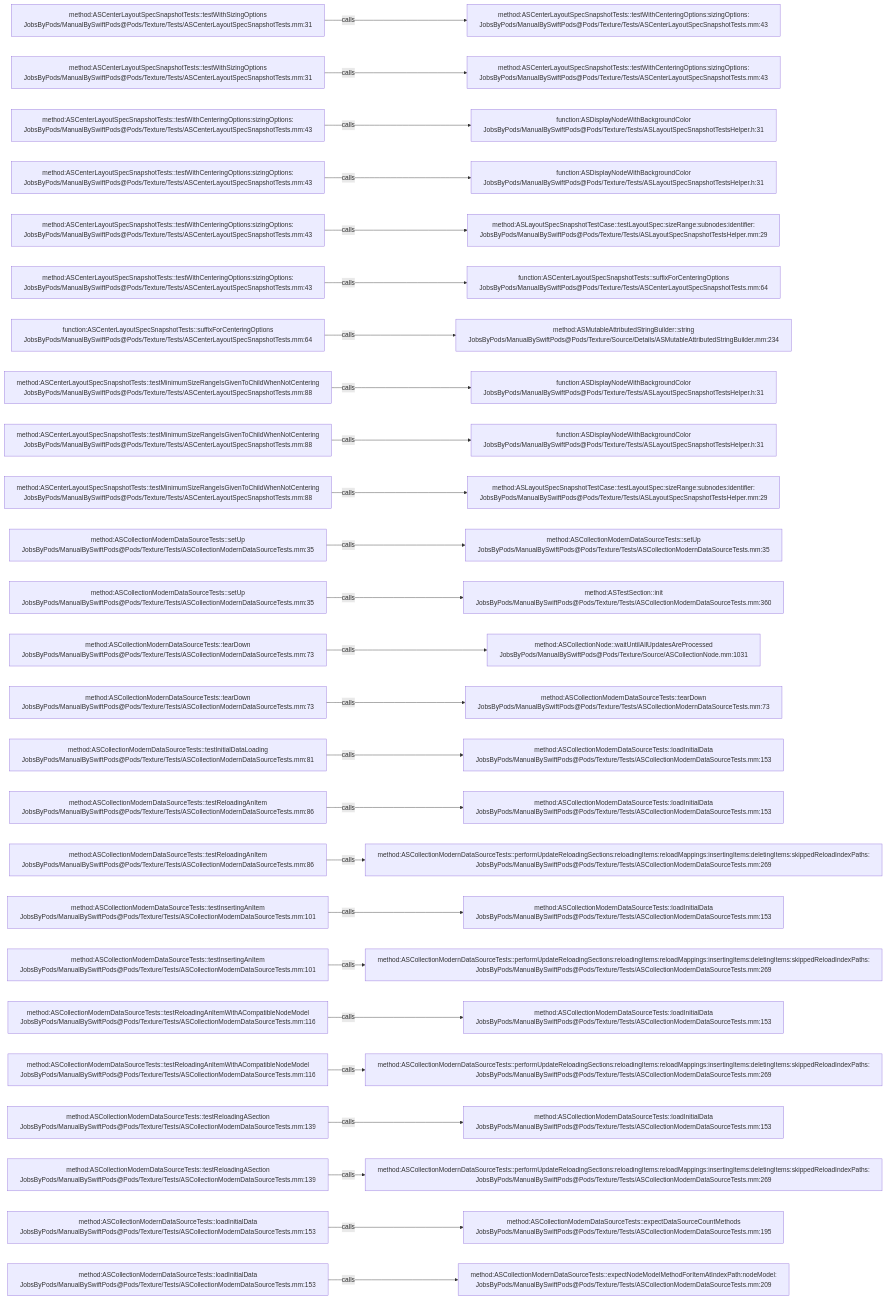
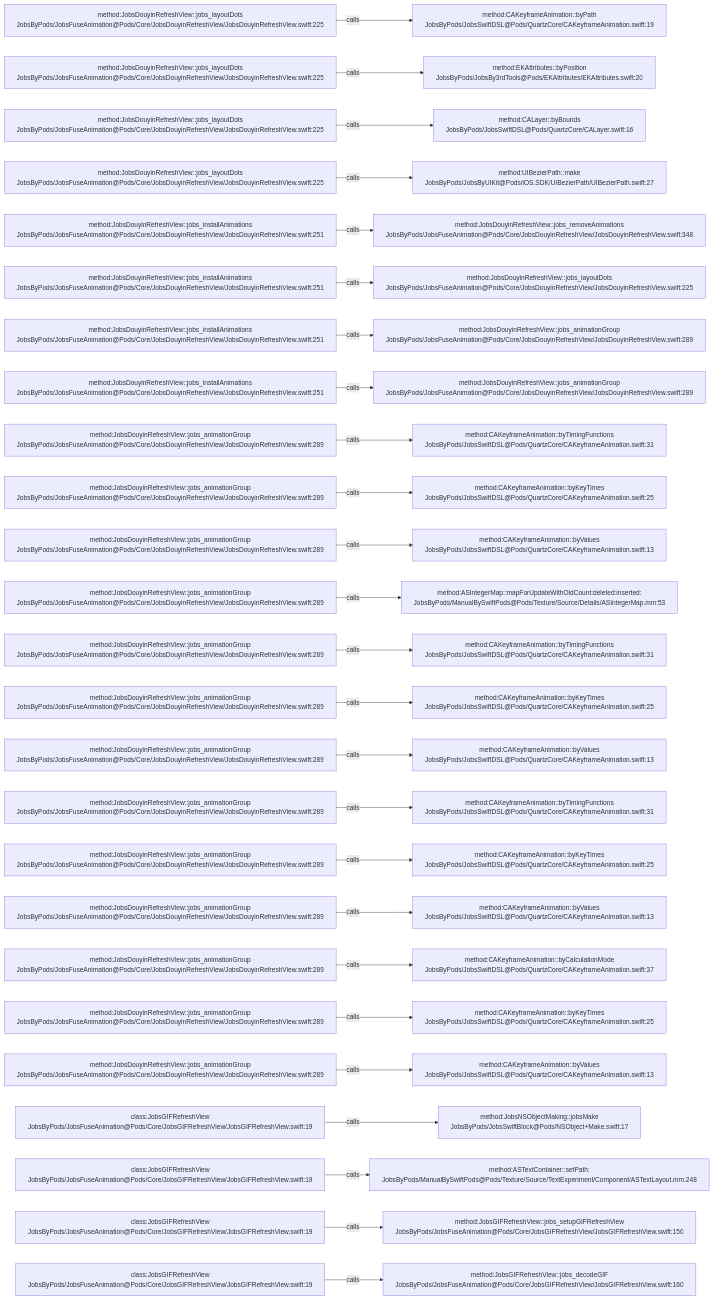
The diagram in .codegraph/codegraph.md/graphs/calls-167.md (JobsKits/JobsSwiftBaseConfigDemo), drawn with Mermaid before and after one commit. The commit also changed 224 other files, not shown here.

````diff
--- a/.codegraph/codegraph.md/graphs/calls-167.md
+++ b/.codegraph/codegraph.md/graphs/calls-167.md
@@ -13,78 +13,78 @@
 ```mermaid
 flowchart LR
-  S1["method:ASCenterLayoutSpecSnapshotTests::testWithSizingOptions<br/>JobsByPods/ManualBySwiftPods@Pods/Texture/Tests/ASCenterLayoutSpecSnapshotTests.mm:31"]
-  T1["method:ASCenterLayoutSpecSnapshotTests::testWithCenteringOptions:sizingOptions:<br/>JobsByPods/ManualBySwiftPods@Pods/Texture/Tests/ASCenterLayoutSpecSnapshotTests.mm:43"]
+  S1["method:JobsDouyinRefreshView::jobs_layoutDots<br/>JobsByPods/JobsFuseAnimation@Pods/Core/JobsDouyinRefreshView/JobsDouyinRefreshView.swift:225"]
+  T1["method:CAKeyframeAnimation::byPath<br/>JobsByPods/JobsSwiftDSL@Pods/QuartzCore/CAKeyframeAnimation.swift:19"]
   S1 -->|calls| T1
-  S2["method:ASCenterLayoutSpecSnapshotTests::testWithSizingOptions<br/>JobsByPods/ManualBySwiftPods@Pods/Texture/Tests/ASCenterLayoutSpecSnapshotTests.mm:31"]
-  T2["method:ASCenterLayoutSpecSnapshotTests::testWithCenteringOptions:sizingOptions:<br/>JobsByPods/ManualBySwiftPods@Pods/Texture/Tests/ASCenterLayoutSpecSnapshotTests.mm:43"]
+  S2["method:JobsDouyinRefreshView::jobs_layoutDots<br/>JobsByPods/JobsFuseAnimation@Pods/Core/JobsDouyinRefreshView/JobsDouyinRefreshView.swift:225"]
+  T2["method:EKAttributes::byPosition<br/>JobsByPods/JobsBy3rdTools@Pods/EKAttributes/EKAttributes.swift:20"]
   S2 -->|calls| T2
-  S3["method:ASCenterLayoutSpecSnapshotTests::testWithCenteringOptions:sizingOptions:<br/>JobsByPods/ManualBySwiftPods@Pods/Texture/Tests/ASCenterLayoutSpecSnapshotTests.mm:43"]
-  T3["function:ASDisplayNodeWithBackgroundColor<br/>JobsByPods/ManualBySwiftPods@Pods/Texture/Tests/ASLayoutSpecSnapshotTestsHelper.h:31"]
+  S3["method:JobsDouyinRefreshView::jobs_layoutDots<br/>JobsByPods/JobsFuseAnimation@Pods/Core/JobsDouyinRefreshView/JobsDouyinRefreshView.swift:225"]
+  T3["method:CALayer::byBounds<br/>JobsByPods/JobsSwiftDSL@Pods/QuartzCore/CALayer.swift:16"]
   S3 -->|calls| T3
-  S4["method:ASCenterLayoutSpecSnapshotTests::testWithCenteringOptions:sizingOptions:<br/>JobsByPods/ManualBySwiftPods@Pods/Texture/Tests/ASCenterLayoutSpecSnapshotTests.mm:43"]
-  T4["function:ASDisplayNodeWithBackgroundColor<br/>JobsByPods/ManualBySwiftPods@Pods/Texture/Tests/ASLayoutSpecSnapshotTestsHelper.h:31"]
+  S4["method:JobsDouyinRefreshView::jobs_layoutDots<br/>JobsByPods/JobsFuseAnimation@Pods/Core/JobsDouyinRefreshView/JobsDouyinRefreshView.swift:225"]
+  T4["method:UIBezierPath::make<br/>JobsByPods/JobsByUIKit@Pods/iOS.SDK/UIBezierPath/UIBezierPath.swift:27"]
   S4 -->|calls| T4
-  S5["method:ASCenterLayoutSpecSnapshotTests::testWithCenteringOptions:sizingOptions:<br/>JobsByPods/ManualBySwiftPods@Pods/Texture/Tests/ASCenterLayoutSpecSnapshotTests.mm:43"]
-  T5["method:ASLayoutSpecSnapshotTestCase::testLayoutSpec:sizeRange:subnodes:identifier:<br/>JobsByPods/ManualBySwiftPods@Pods/Texture/Tests/ASLayoutSpecSnapshotTestsHelper.mm:29"]
+  S5["method:JobsDouyinRefreshView::jobs_installAnimations<br/>JobsByPods/JobsFuseAnimation@Pods/Core/JobsDouyinRefreshView/JobsDouyinRefreshView.swift:251"]
+  T5["method:JobsDouyinRefreshView::jobs_removeAnimations<br/>JobsByPods/JobsFuseAnimation@Pods/Core/JobsDouyinRefreshView/JobsDouyinRefreshView.swift:348"]
   S5 -->|calls| T5
-  S6["method:ASCenterLayoutSpecSnapshotTests::testWithCenteringOptions:sizingOptions:<br/>JobsByPods/ManualBySwiftPods@Pods/Texture/Tests/ASCenterLayoutSpecSnapshotTests.mm:43"]
-  T6["function:ASCenterLayoutSpecSnapshotTests::suffixForCenteringOptions<br/>JobsByPods/ManualBySwiftPods@Pods/Texture/Tests/ASCenterLayoutSpecSnapshotTests.mm:64"]
+  S6["method:JobsDouyinRefreshView::jobs_installAnimations<br/>JobsByPods/JobsFuseAnimation@Pods/Core/JobsDouyinRefreshView/JobsDouyinRefreshView.swift:251"]
+  T6["method:JobsDouyinRefreshView::jobs_layoutDots<br/>JobsByPods/JobsFuseAnimation@Pods/Core/JobsDouyinRefreshView/JobsDouyinRefreshView.swift:225"]
   S6 -->|calls| T6
-  S7["function:ASCenterLayoutSpecSnapshotTests::suffixForCenteringOptions<br/>JobsByPods/ManualBySwiftPods@Pods/Texture/Tests/ASCenterLayoutSpecSnapshotTests.mm:64"]
-  T7["method:ASMutableAttributedStringBuilder::string<br/>JobsByPods/ManualBySwiftPods@Pods/Texture/Source/Details/ASMutableAttributedStringBuilder.mm:234"]
+  S7["method:JobsDouyinRefreshView::jobs_installAnimations<br/>JobsByPods/JobsFuseAnimation@Pods/Core/JobsDouyinRefreshView/JobsDouyinRefreshView.swift:251"]
+  T7["method:JobsDouyinRefreshView::jobs_animationGroup<br/>JobsByPods/JobsFuseAnimation@Pods/Core/JobsDouyinRefreshView/JobsDouyinRefreshView.swift:289"]
   S7 -->|calls| T7
-  S8["method:ASCenterLayoutSpecSnapshotTests::testMinimumSizeRangeIsGivenToChildWhenNotCentering<br/>JobsByPods/ManualBySwiftPods@Pods/Texture/Tests/ASCenterLayoutSpecSnapshotTests.mm:88"]
-  T8["function:ASDisplayNodeWithBackgroundColor<br/>JobsByPods/ManualBySwiftPods@Pods/Texture/Tests/ASLayoutSpecSnapshotTestsHelper.h:31"]
+  S8["method:JobsDouyinRefreshView::jobs_installAnimations<br/>JobsByPods/JobsFuseAnimation@Pods/Core/JobsDouyinRefreshView/JobsDouyinRefreshView.swift:251"]
+  T8["method:JobsDouyinRefreshView::jobs_animationGroup<br/>JobsByPods/JobsFuseAnimation@Pods/Core/JobsDouyinRefreshView/JobsDouyinRefreshView.swift:289"]
   S8 -->|calls| T8
-  S9["method:ASCenterLayoutSpecSnapshotTests::testMinimumSizeRangeIsGivenToChildWhenNotCentering<br/>JobsByPods/ManualBySwiftPods@Pods/Texture/Tests/ASCenterLayoutSpecSnapshotTests.mm:88"]
-  T9["function:ASDisplayNodeWithBackgroundColor<br/>JobsByPods/ManualBySwiftPods@Pods/Texture/Tests/ASLayoutSpecSnapshotTestsHelper.h:31"]
+  S9["method:JobsDouyinRefreshView::jobs_animationGroup<br/>JobsByPods/JobsFuseAnimation@Pods/Core/JobsDouyinRefreshView/JobsDouyinRefreshView.swift:289"]
+  T9["method:CAKeyframeAnimation::byTimingFunctions<br/>JobsByPods/JobsSwiftDSL@Pods/QuartzCore/CAKeyframeAnimation.swift:31"]
   S9 -->|calls| T9
-  S10["method:ASCenterLayoutSpecSnapshotTests::testMinimumSizeRangeIsGivenToChildWhenNotCentering<br/>JobsByPods/ManualBySwiftPods@Pods/Texture/Tests/ASCenterLayoutSpecSnapshotTests.mm:88"]
-  T10["method:ASLayoutSpecSnapshotTestCase::testLayoutSpec:sizeRange:subnodes:identifier:<br/>JobsByPods/ManualBySwiftPods@Pods/Texture/Tests/ASLayoutSpecSnapshotTestsHelper.mm:29"]
+  S10["method:JobsDouyinRefreshView::jobs_animationGroup<br/>JobsByPods/JobsFuseAnimation@Pods/Core/JobsDouyinRefreshView/JobsDouyinRefreshView.swift:289"]
+  T10["method:CAKeyframeAnimation::byKeyTimes<br/>JobsByPods/JobsSwiftDSL@Pods/QuartzCore/CAKeyframeAnimation.swift:25"]
   S10 -->|calls| T10
-  S11["method:ASCollectionModernDataSourceTests::setUp<br/>JobsByPods/ManualBySwiftPods@Pods/Texture/Tests/ASCollectionModernDataSourceTests.mm:35"]
-  T11["method:ASCollectionModernDataSourceTests::setUp<br/>JobsByPods/ManualBySwiftPods@Pods/Texture/Tests/ASCollectionModernDataSourceTests.mm:35"]
+  S11["method:JobsDouyinRefreshView::jobs_animationGroup<br/>JobsByPods/JobsFuseAnimation@Pods/Core/JobsDouyinRefreshView/JobsDouyinRefreshView.swift:289"]
+  T11["method:CAKeyframeAnimation::byValues<br/>JobsByPods/JobsSwiftDSL@Pods/QuartzCore/CAKeyframeAnimation.swift:13"]
   S11 -->|calls| T11
-  S12["method:ASCollectionModernDataSourceTests::setUp<br/>JobsByPods/ManualBySwiftPods@Pods/Texture/Tests/ASCollectionModernDataSourceTests.mm:35"]
-  T12["method:ASTestSection::init<br/>JobsByPods/ManualBySwiftPods@Pods/Texture/Tests/ASCollectionModernDataSourceTests.mm:360"]
+  S12["method:JobsDouyinRefreshView::jobs_animationGroup<br/>JobsByPods/JobsFuseAnimation@Pods/Core/JobsDouyinRefreshView/JobsDouyinRefreshView.swift:289"]
+  T12["method:ASIntegerMap::mapForUpdateWithOldCount:deleted:inserted:<br/>JobsByPods/ManualBySwiftPods@Pods/Texture/Source/Details/ASIntegerMap.mm:53"]
   S12 -->|calls| T12
-  S13["method:ASCollectionModernDataSourceTests::tearDown<br/>JobsByPods/ManualBySwiftPods@Pods/Texture/Tests/ASCollectionModernDataSourceTests.mm:73"]
-  T13["method:ASCollectionNode::waitUntilAllUpdatesAreProcessed<br/>JobsByPods/ManualBySwiftPods@Pods/Texture/Source/ASCollectionNode.mm:1031"]
+  S13["method:JobsDouyinRefreshView::jobs_animationGroup<br/>JobsByPods/JobsFuseAnimation@Pods/Core/JobsDouyinRefreshView/JobsDouyinRefreshView.swift:289"]
+  T13["method:CAKeyframeAnimation::byTimingFunctions<br/>JobsByPods/JobsSwiftDSL@Pods/QuartzCore/CAKeyframeAnimation.swift:31"]
   S13 -->|calls| T13
-  S14["method:ASCollectionModernDataSourceTests::tearDown<br/>JobsByPods/ManualBySwiftPods@Pods/Texture/Tests/ASCollectionModernDataSourceTests.mm:73"]
-  T14["method:ASCollectionModernDataSourceTests::tearDown<br/>JobsByPods/ManualBySwiftPods@Pods/Texture/Tests/ASCollectionModernDataSourceTests.mm:73"]
+  S14["method:JobsDouyinRefreshView::jobs_animationGroup<br/>JobsByPods/JobsFuseAnimation@Pods/Core/JobsDouyinRefreshView/JobsDouyinRefreshView.swift:289"]
+  T14["method:CAKeyframeAnimation::byKeyTimes<br/>JobsByPods/JobsSwiftDSL@Pods/QuartzCore/CAKeyframeAnimation.swift:25"]
   S14 -->|calls| T14
-  S15["method:ASCollectionModernDataSourceTests::testInitialDataLoading<br/>JobsByPods/ManualBySwiftPods@Pods/Texture/Tests/ASCollectionModernDataSourceTests.mm:81"]
-  T15["method:ASCollectionModernDataSourceTests::loadInitialData<br/>JobsByPods/ManualBySwiftPods@Pods/Texture/Tests/ASCollectionModernDataSourceTests.mm:153"]
+  S15["method:JobsDouyinRefreshView::jobs_animationGroup<br/>JobsByPods/JobsFuseAnimation@Pods/Core/JobsDouyinRefreshView/JobsDouyinRefreshView.swift:289"]
+  T15["method:CAKeyframeAnimation::byValues<br/>JobsByPods/JobsSwiftDSL@Pods/QuartzCore/CAKeyframeAnimation.swift:13"]
   S15 -->|calls| T15
-  S16["method:ASCollectionModernDataSourceTests::testReloadingAnItem<br/>JobsByPods/ManualBySwiftPods@Pods/Texture/Tests/ASCollectionModernDataSourceTests.mm:86"]
-  T16["method:ASCollectionModernDataSourceTests::loadInitialData<br/>JobsByPods/ManualBySwiftPods@Pods/Texture/Tests/ASCollectionModernDataSourceTests.mm:153"]
+  S16["method:JobsDouyinRefreshView::jobs_animationGroup<br/>JobsByPods/JobsFuseAnimation@Pods/Core/JobsDouyinRefreshView/JobsDouyinRefreshView.swift:289"]
+  T16["method:CAKeyframeAnimation::byTimingFunctions<br/>JobsByPods/JobsSwiftDSL@Pods/QuartzCore/CAKeyframeAnimation.swift:31"]
   S16 -->|calls| T16
-  S17["method:ASCollectionModernDataSourceTests::testReloadingAnItem<br/>JobsByPods/ManualBySwiftPods@Pods/Texture/Tests/ASCollectionModernDataSourceTests.mm:86"]
-  T17["method:ASCollectionModernDataSourceTests::performUpdateReloadingSections:reloadingItems:reloadMappings:insertingItems:deletingItems:skippedReloadIndexPaths:<br/>JobsByPods/ManualBySwiftPods@Pods/Texture/Tests/ASCollectionModernDataSourceTests.mm:269"]
+  S17["method:JobsDouyinRefreshView::jobs_animationGroup<br/>JobsByPods/JobsFuseAnimation@Pods/Core/JobsDouyinRefreshView/JobsDouyinRefreshView.swift:289"]
+  T17["method:CAKeyframeAnimation::byKeyTimes<br/>JobsByPods/JobsSwiftDSL@Pods/QuartzCore/CAKeyframeAnimation.swift:25"]
   S17 -->|calls| T17
-  S18["method:ASCollectionModernDataSourceTests::testInsertingAnItem<br/>JobsByPods/ManualBySwiftPods@Pods/Texture/Tests/ASCollectionModernDataSourceTests.mm:101"]
-  T18["method:ASCollectionModernDataSourceTests::loadInitialData<br/>JobsByPods/ManualBySwiftPods@Pods/Texture/Tests/ASCollectionModernDataSourceTests.mm:153"]
+  S18["method:JobsDouyinRefreshView::jobs_animationGroup<br/>JobsByPods/JobsFuseAnimation@Pods/Core/JobsDouyinRefreshView/JobsDouyinRefreshView.swift:289"]
+  T18["method:CAKeyframeAnimation::byValues<br/>JobsByPods/JobsSwiftDSL@Pods/QuartzCore/CAKeyframeAnimation.swift:13"]
   S18 -->|calls| T18
-  S19["method:ASCollectionModernDataSourceTests::testInsertingAnItem<br/>JobsByPods/ManualBySwiftPods@Pods/Texture/Tests/ASCollectionModernDataSourceTests.mm:101"]
-  T19["method:ASCollectionModernDataSourceTests::performUpdateReloadingSections:reloadingItems:reloadMappings:insertingItems:deletingItems:skippedReloadIndexPaths:<br/>JobsByPods/ManualBySwiftPods@Pods/Texture/Tests/ASCollectionModernDataSourceTests.mm:269"]
+  S19["method:JobsDouyinRefreshView::jobs_animationGroup<br/>JobsByPods/JobsFuseAnimation@Pods/Core/JobsDouyinRefreshView/JobsDouyinRefreshView.swift:289"]
+  T19["method:CAKeyframeAnimation::byCalculationMode<br/>JobsByPods/JobsSwiftDSL@Pods/QuartzCore/CAKeyframeAnimation.swift:37"]
   S19 -->|calls| T19
-  S20["method:ASCollectionModernDataSourceTests::testReloadingAnItemWithACompatibleNodeModel<br/>JobsByPods/ManualBySwiftPods@Pods/Texture/Tests/ASCollectionModernDataSourceTests.mm:116"]
-  T20["method:ASCollectionModernDataSourceTests::loadInitialData<br/>JobsByPods/ManualBySwiftPods@Pods/Texture/Tests/ASCollectionModernDataSourceTests.mm:153"]
+  S20["method:JobsDouyinRefreshView::jobs_animationGroup<br/>JobsByPods/JobsFuseAnimation@Pods/Core/JobsDouyinRefreshView/JobsDouyinRefreshView.swift:289"]
+  T20["method:CAKeyframeAnimation::byKeyTimes<br/>JobsByPods/JobsSwiftDSL@Pods/QuartzCore/CAKeyframeAnimation.swift:25"]
   S20 -->|calls| T20
-  S21["method:ASCollectionModernDataSourceTests::testReloadingAnItemWithACompatibleNodeModel<br/>JobsByPods/ManualBySwiftPods@Pods/Texture/Tests/ASCollectionModernDataSourceTests.mm:116"]
-  T21["method:ASCollectionModernDataSourceTests::performUpdateReloadingSections:reloadingItems:reloadMappings:insertingItems:deletingItems:skippedReloadIndexPaths:<br/>JobsByPods/ManualBySwiftPods@Pods/Texture/Tests/ASCollectionModernDataSourceTests.mm:269"]
+  S21["method:JobsDouyinRefreshView::jobs_animationGroup<br/>JobsByPods/JobsFuseAnimation@Pods/Core/JobsDouyinRefreshView/JobsDouyinRefreshView.swift:289"]
+  T21["method:CAKeyframeAnimation::byValues<br/>JobsByPods/JobsSwiftDSL@Pods/QuartzCore/CAKeyframeAnimation.swift:13"]
   S21 -->|calls| T21
-  S22["method:ASCollectionModernDataSourceTests::testReloadingASection<br/>JobsByPods/ManualBySwiftPods@Pods/Texture/Tests/ASCollectionModernDataSourceTests.mm:139"]
-  T22["method:ASCollectionModernDataSourceTests::loadInitialData<br/>JobsByPods/ManualBySwiftPods@Pods/Texture/Tests/ASCollectionModernDataSourceTests.mm:153"]
+  S22["class:JobsGIFRefreshView<br/>JobsByPods/JobsFuseAnimation@Pods/Core/JobsGIFRefreshView/JobsGIFRefreshView.swift:19"]
+  T22["method:JobsNSObjectMaking::jobsMake<br/>JobsByPods/JobsSwiftBlock@Pods/NSObject+Make.swift:17"]
   S22 -->|calls| T22
-  S23["method:ASCollectionModernDataSourceTests::testReloadingASection<br/>JobsByPods/ManualBySwiftPods@Pods/Texture/Tests/ASCollectionModernDataSourceTests.mm:139"]
-  T23["method:ASCollectionModernDataSourceTests::performUpdateReloadingSections:reloadingItems:reloadMappings:insertingItems:deletingItems:skippedReloadIndexPaths:<br/>JobsByPods/ManualBySwiftPods@Pods/Texture/Tests/ASCollectionModernDataSourceTests.mm:269"]
+  S23["class:JobsGIFRefreshView<br/>JobsByPods/JobsFuseAnimation@Pods/Core/JobsGIFRefreshView/JobsGIFRefreshView.swift:19"]
+  T23["method:ASTextContainer::setPath:<br/>JobsByPods/ManualBySwiftPods@Pods/Texture/Source/TextExperiment/Component/ASTextLayout.mm:248"]
   S23 -->|calls| T23
-  S24["method:ASCollectionModernDataSourceTests::loadInitialData<br/>JobsByPods/ManualBySwiftPods@Pods/Texture/Tests/ASCollectionModernDataSourceTests.mm:153"]
-  T24["method:ASCollectionModernDataSourceTests::expectDataSourceCountMethods<br/>JobsByPods/ManualBySwiftPods@Pods/Texture/Tests/ASCollectionModernDataSourceTests.mm:195"]
+  S24["class:JobsGIFRefreshView<br/>JobsByPods/JobsFuseAnimation@Pods/Core/JobsGIFRefreshView/JobsGIFRefreshView.swift:19"]
+  T24["method:JobsGIFRefreshView::jobs_setupGIFRefreshView<br/>JobsByPods/JobsFuseAnimation@Pods/Core/JobsGIFRefreshView/JobsGIFRefreshView.swift:150"]
   S24 -->|calls| T24
-  S25["method:ASCollectionModernDataSourceTests::loadInitialData<br/>JobsByPods/ManualBySwiftPods@Pods/Texture/Tests/ASCollectionModernDataSourceTests.mm:153"]
-  T25["method:ASCollectionModernDataSourceTests::expectNodeModelMethodForItemAtIndexPath:nodeModel:<br/>JobsByPods/ManualBySwiftPods@Pods/Texture/Tests/ASCollectionModernDataSourceTests.mm:209"]
+  S25["class:JobsGIFRefreshView<br/>JobsByPods/JobsFuseAnimation@Pods/Core/JobsGIFRefreshView/JobsGIFRefreshView.swift:19"]
+  T25["method:JobsGIFRefreshView::jobs_decodeGIF<br/>JobsByPods/JobsFuseAnimation@Pods/Core/JobsGIFRefreshView/JobsGIFRefreshView.swift:160"]
   S25 -->|calls| T25
 ```
````
